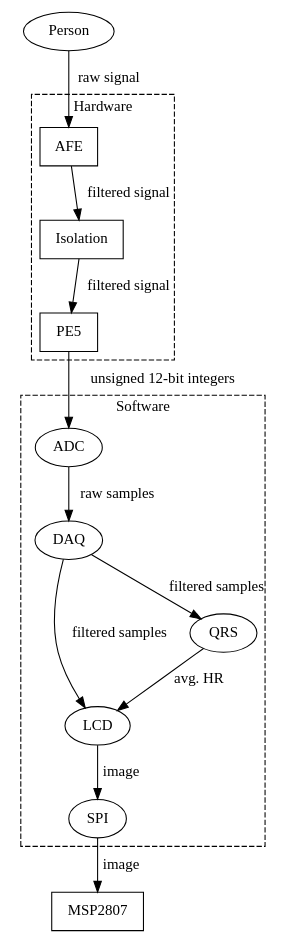
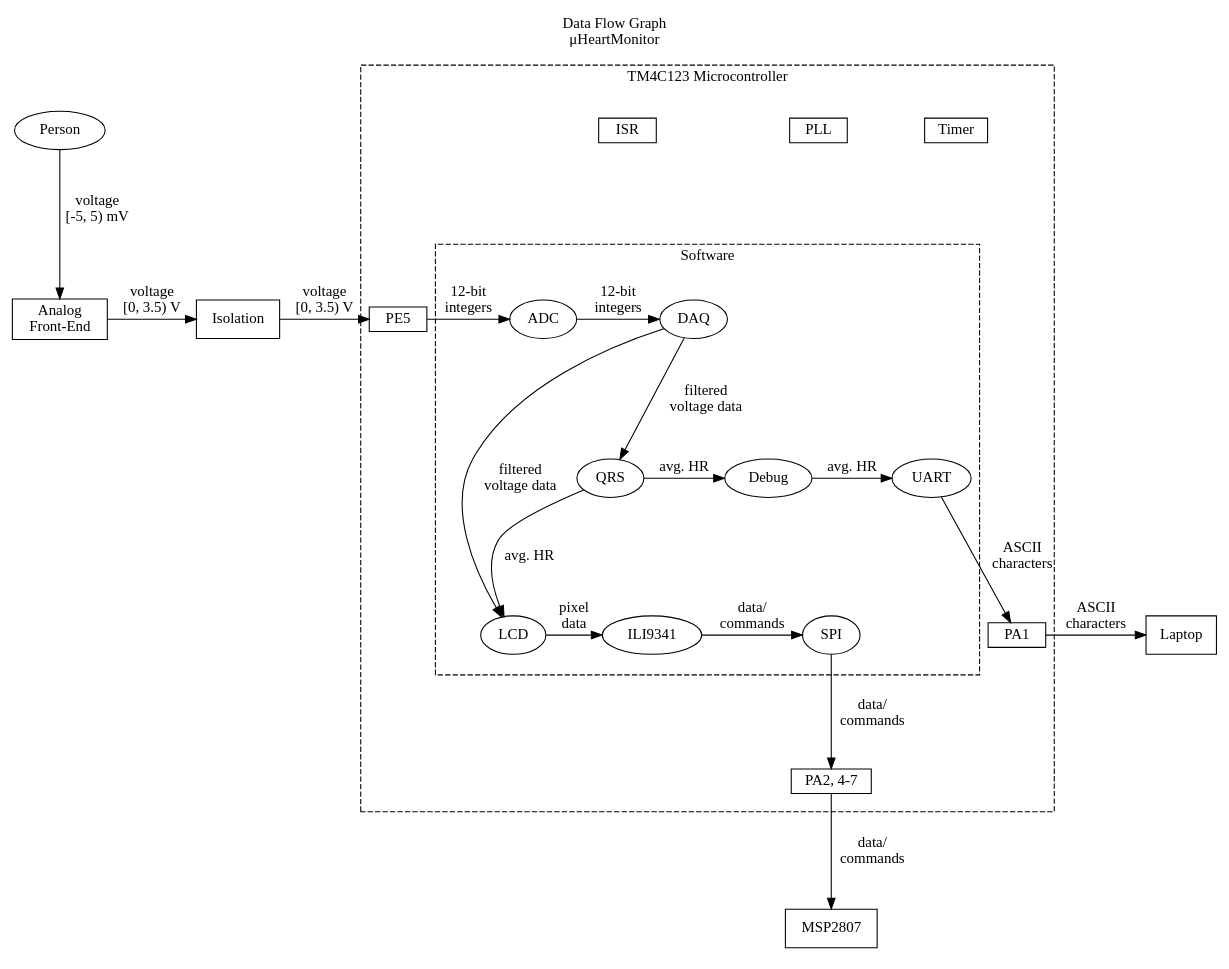
Before and after one commit to bryanmcelvy/microHeartMonitor: the diagram in docs/doxygen_files/data_flow.dot, drawn with Graphviz. The commit also changed 4 other files, not shown here.

Commit message:
Update graphs

```diff
--- a/docs/doxygen_files/data_flow.dot
+++ b/docs/doxygen_files/data_flow.dot
@@ -1,32 +1,58 @@
 digraph {
-    rankdir=TD;
+    labelloc="t";
+    label="Data Flow Graph\nμHeartMonitor";
+    newrank=true;
+    ratio=0.75;
     
-    Person
+    Person;
 
-    subgraph cluster_afe{
-        label="Hardware"
+    AFE[label="Analog\nFront-End", shape=rect];
+    Isolation[shape=rect];
+    MSP2807[shape=rect]
+    Laptop[shape=rect];
+
+    subgraph cluster_mcu{
+        label="TM4C123 Microcontroller"
         style="dashed"
-        node[shape=rect]
-        AFE, Isolation, PE5
-    };
 
-    subgraph cluster_sw{
-        label="Software"
-        style="dashed"
-        node[shape=ellipse]
-        ADC, DAQ, LCD, QRS, SPI
-    };
+        subgraph cluster_sw{
+            label="Software"
+            style="dashed"
+            node[shape=ellipse]
+            ADC;
+            DAQ;
+            ILI9341;
+            LCD;
+            QRS;
+            SPI;
+            Debug;
+            UART;
+        };
 
-    MSP2807[shape=rect]
+        node[shape=rect; height=0.2];
+        PA1;
+        PA27[label="PA2, 4-7"];
+        PE5;
+        Timer;
+        PLL;
+        ISR;
+    }
+
 
     // Connections
-    Person -> AFE[label="raw signal"]
-    AFE -> Isolation[label="filtered signal"]
-    Isolation -> PE5[label="filtered signal"]
-    PE5 -> ADC[label="unsigned 12-bit integers"]
-    ADC -> DAQ[label="raw samples"]
-    DAQ -> {LCD, QRS}[label="filtered samples"]
-    QRS -> LCD[label="avg. HR"]
-    LCD -> SPI -> MSP2807[label="image"]
+    Person -> AFE[label="voltage\n[-5, 5) mV"];
+    AFE -> Isolation -> PE5[label="voltage\n[0, 3.5) V"];
+    PE5 -> ADC -> DAQ[label="12-bit\nintegers"];
+    DAQ -> {LCD, QRS}[label="filtered\nvoltage data"];
+    QRS -> LCD[label="avg. HR"];
+    QRS -> Debug -> UART[label="avg. HR"];
+    UART -> PA1 -> Laptop[label="ASCII\ncharacters"];
+    LCD -> ILI9341[label="pixel\ndata"];
+    ILI9341 -> SPI-> PA27 -> MSP2807[label="data/\ncommands"];
+
+    {rank=same; AFE, Isolation, PE5, ADC, DAQ}
+    {rank=same; QRS, Debug, UART};
+    {rank=same; LCD, ILI9341, SPI}
+    {rank=same; PA1, Laptop}
 
 }
```
